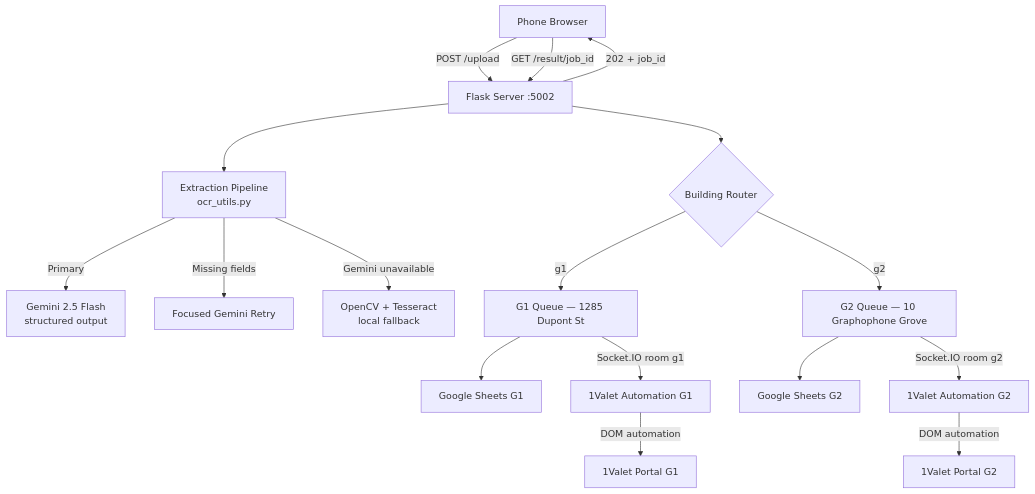
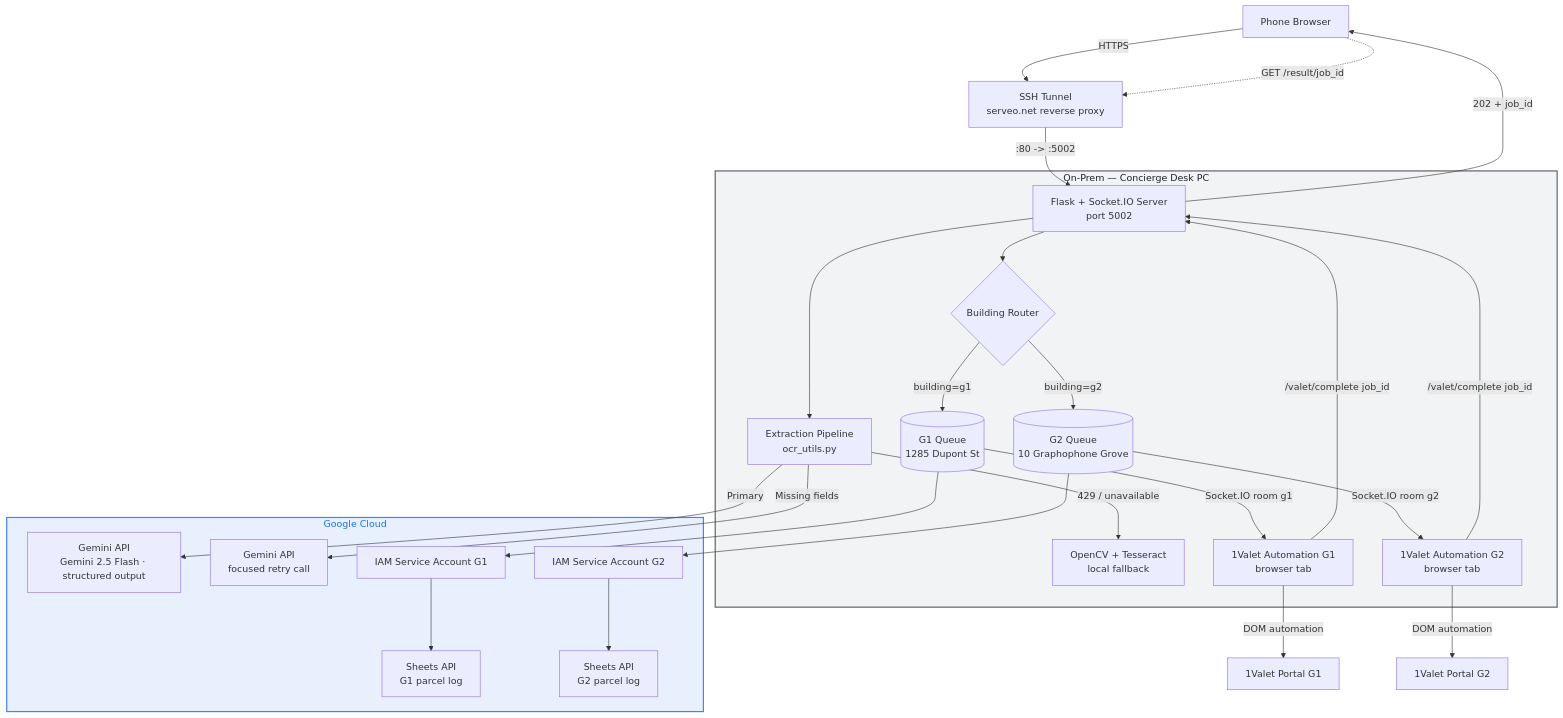
The second of 5 diagrams in README.md (nruppatel16/ParcelVision), drawn with Mermaid before and after one commit. The commit also changed other lines of this file, not shown here.

Commit message:
Group README architecture diagram into on-prem and Google Cloud tiers
Claude-Session: https://claude.ai/code/session_01BUT1QawJec6aHsnRYLuYZM

````diff
--- a/README.md
+++ b/README.md
@@ -124,24 +126,51 @@
 ```mermaid
 graph TD
-    A[Phone Browser] -->|POST /upload| B[Flask Server :5002]
-    B -->|202 + job_id| A
-    A -->|GET /result/job_id| B
+    P[Phone Browser] -->|HTTPS| T[SSH Tunnel<br/>serveo.net reverse proxy]
+    T -->|:80 -> :5002| B
 
-    B --> C[Extraction Pipeline<br/>ocr_utils.py]
-    C -->|Primary| D[Gemini 2.5 Flash<br/>structured output]
-    C -->|Missing fields| E[Focused Gemini Retry]
-    C -->|Gemini unavailable| F[OpenCV + Tesseract<br/>local fallback]
+    subgraph ONPREM["On-Prem — Concierge Desk PC"]
+        B[Flask + Socket.IO Server<br/>port 5002]
+        C[Extraction Pipeline<br/>ocr_utils.py]
+        F[OpenCV + Tesseract<br/>local fallback]
+        G{Building Router}
+        H[(G1 Queue<br/>1285 Dupont St)]
+        I[(G2 Queue<br/>10 Graphophone Grove)]
+        L[1Valet Automation G1<br/>browser tab]
+        M[1Valet Automation G2<br/>browser tab]
+    end
 
-    B --> G{Building Router}
-    G -->|g1| H[G1 Queue — 1285 Dupont St]
-    G -->|g2| I[G2 Queue — 10 Graphophone Grove]
+    subgraph GCP["Google Cloud"]
+        D[Gemini API<br/>Gemini 2.5 Flash · structured output]
+        E[Gemini API<br/>focused retry call]
+        SA1[IAM Service Account G1]
+        SA2[IAM Service Account G2]
+        J[Sheets API<br/>G1 parcel log]
+        K[Sheets API<br/>G2 parcel log]
+    end
 
-    H --> J[Google Sheets G1]
-    I --> K[Google Sheets G2]
+    B -->|202 + job_id| P
+    P -.->|GET /result/job_id| T
 
-    H -->|Socket.IO room g1| L[1Valet Automation G1]
-    I -->|Socket.IO room g2| M[1Valet Automation G2]
+    B --> C
+    C -->|Primary| D
+    C -->|Missing fields| E
+    C -->|429 / unavailable| F
+
+    B --> G
+    G -->|building=g1| H
+    G -->|building=g2| I
+
+    H --> SA1 --> J
+    I --> SA2 --> K
+
+    H -->|Socket.IO room g1| L
+    I -->|Socket.IO room g2| M
+    L -->|/valet/complete job_id| B
+    M -->|/valet/complete job_id| B
 
     L -->|DOM automation| N[1Valet Portal G1]
     M -->|DOM automation| O[1Valet Portal G2]
+
+    style GCP fill:#e8f0fe,stroke:#4285F4,stroke-width:2px,color:#1a73e8
+    style ONPREM fill:#f1f3f4,stroke:#5f6368,stroke-width:2px,color:#202124
 ```
````
